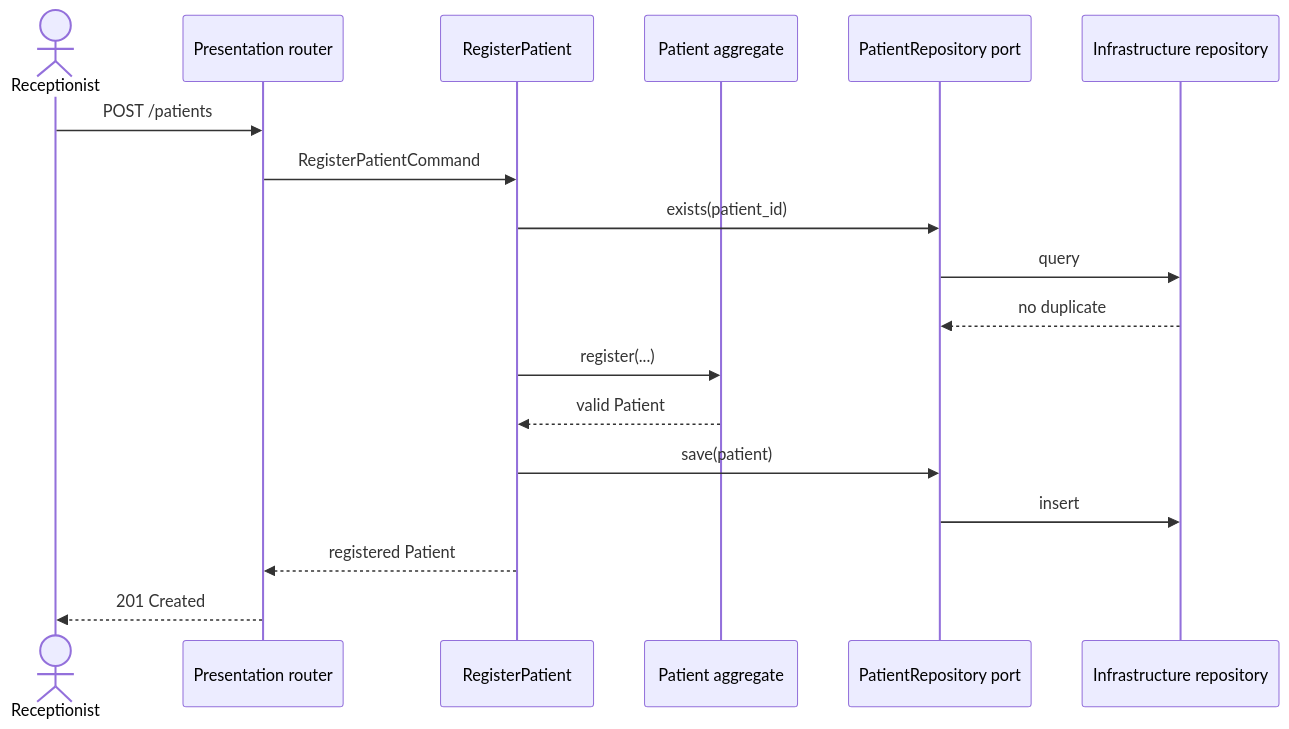
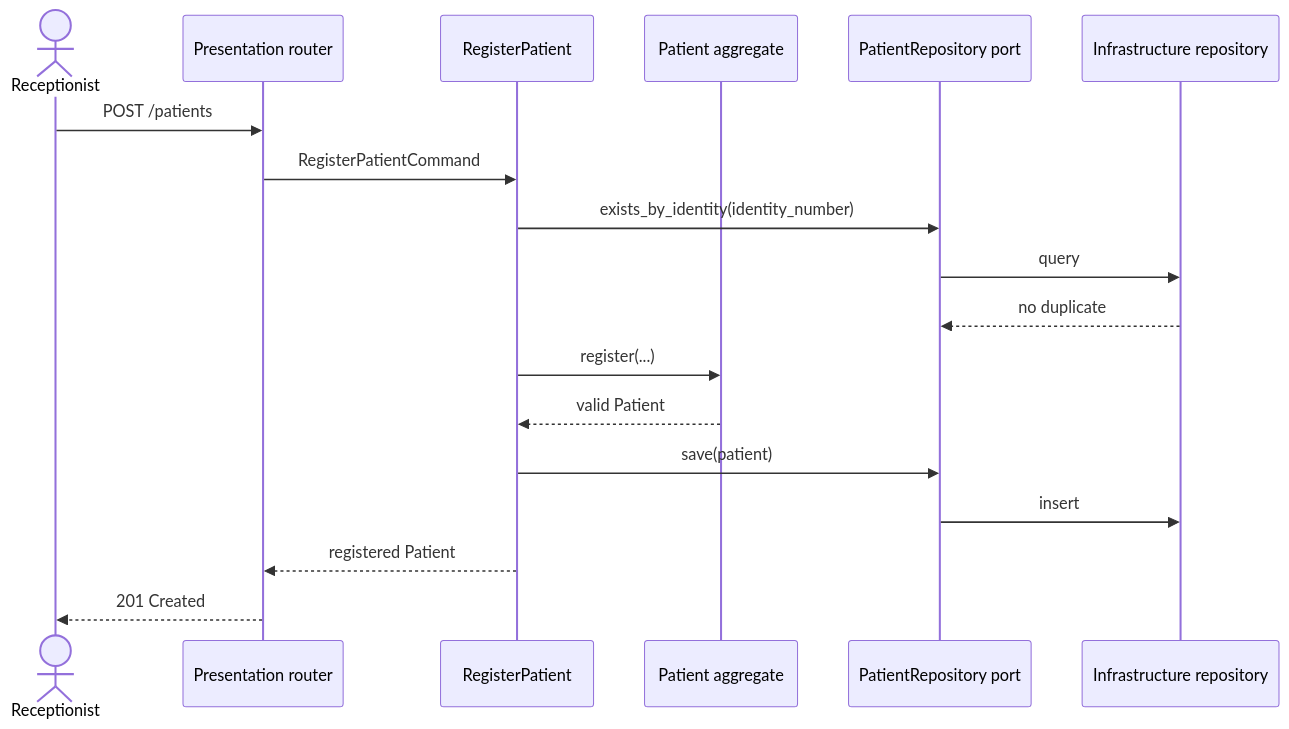
The second of 2 diagrams in docs/architecture/layered-architecture.md (mezni/free09), drawn with Mermaid before and after one commit. The commit also changed other lines of this file and 10 other files, not shown here.

Commit message:
docs(infrastructure): define persistence architecture

````diff
--- a/docs/architecture/layered-architecture.md
+++ b/docs/architecture/layered-architecture.md
@@ -276,21 +276,21 @@
 ```mermaid
 sequenceDiagram
     actor Receptionist
     participant Router as Presentation router
     participant UseCase as RegisterPatient
     participant Patient as Patient aggregate
     participant Repo as PatientRepository port
     participant DB as Infrastructure repository
 
     Receptionist->>Router: POST /patients
     Router->>UseCase: RegisterPatientCommand
-    UseCase->>Repo: exists(patient_id)
+    UseCase->>Repo: exists_by_identity(identity_number)
     Repo->>DB: query
     DB-->>Repo: no duplicate
     UseCase->>Patient: register(...)
     Patient-->>UseCase: valid Patient
     UseCase->>Repo: save(patient)
     Repo->>DB: insert
     UseCase-->>Router: registered Patient
     Router-->>Receptionist: 201 Created
 ```
````
